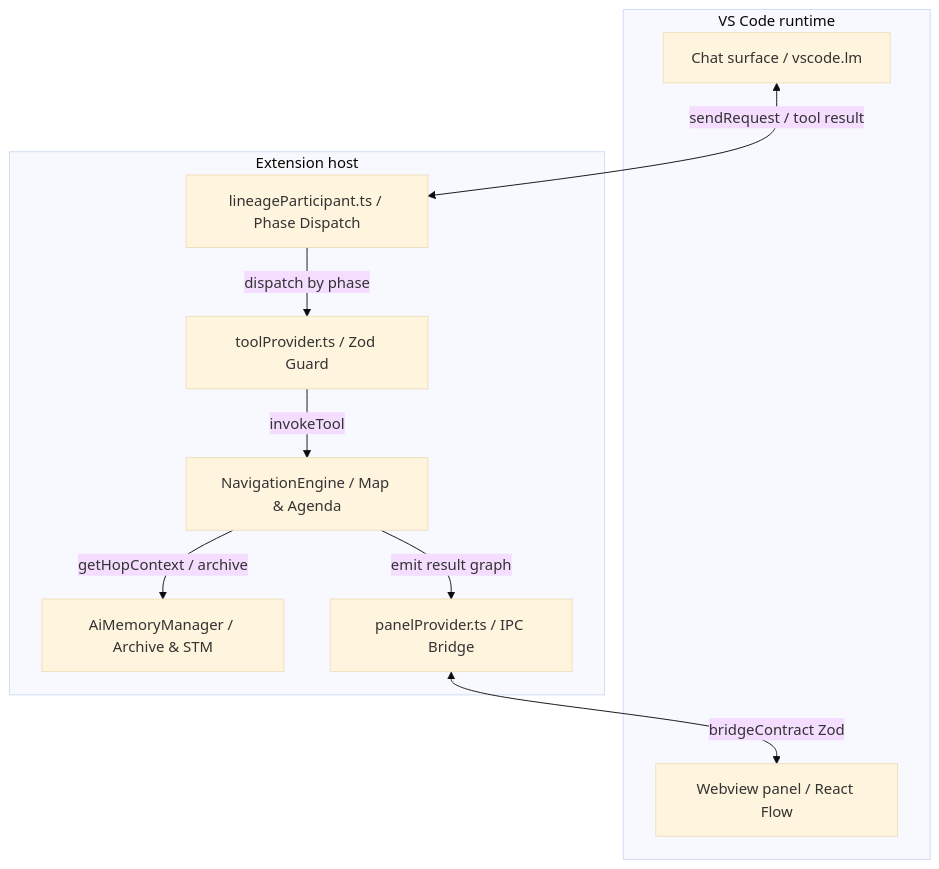
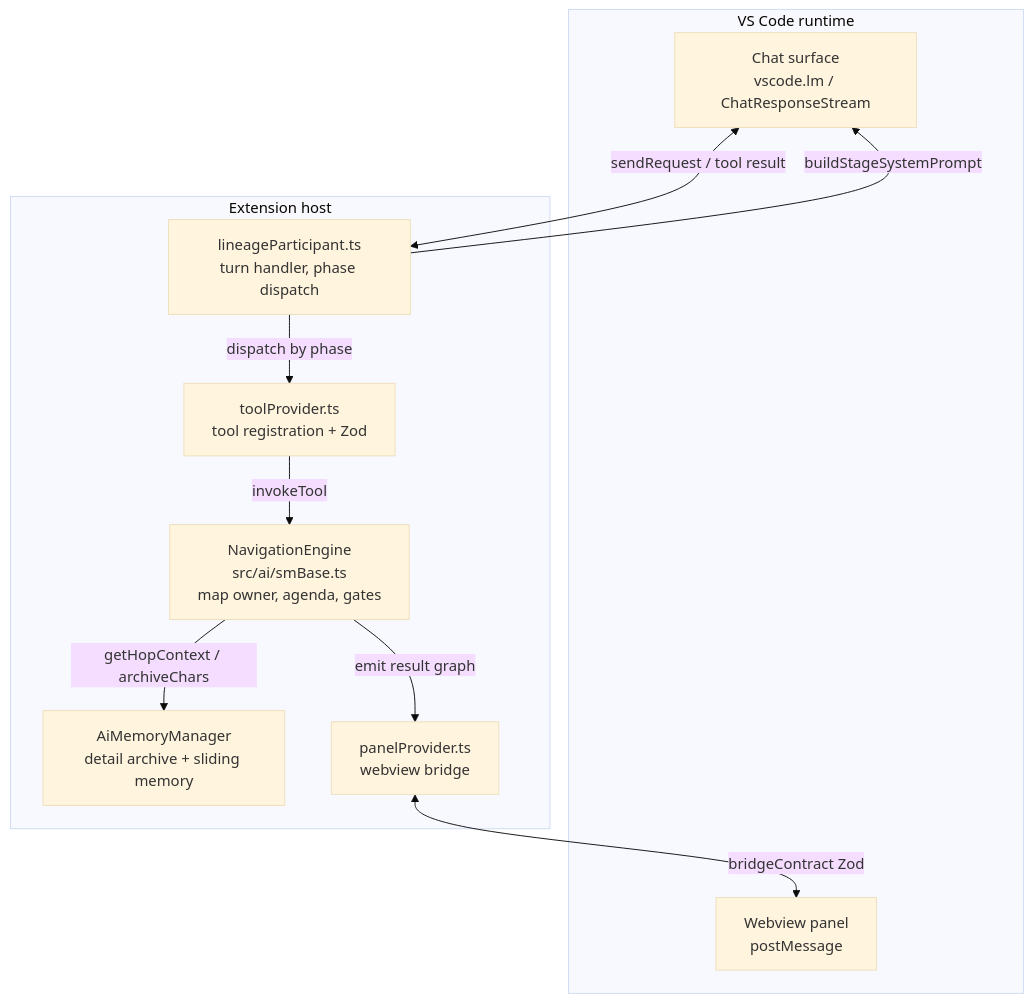
The second of 5 diagrams in docs/ARCHITECTURE.md (ChrisDevRepo/vscode_data_lineage), drawn with Mermaid (base theme) before and after one commit. The commit also changed other lines of this file and 10 other files, not shown here.

````diff
--- a/docs/ARCHITECTURE.md
+++ b/docs/ARCHITECTURE.md
@@ -11,20 +29,21 @@
 ```mermaid
 graph TB
     subgraph VSCode[VS Code runtime]
-        CP[Chat surface / vscode.lm]
-        WV[Webview panel / React Flow]
+        CP[Chat surface<br/>vscode.lm / ChatResponseStream]
+        WV[Webview panel<br/>postMessage]
     end
     subgraph Extension[Extension host]
-        LP[lineageParticipant.ts / Phase Dispatch]
-        TP[toolProvider.ts / Zod Guard]
-        NE[NavigationEngine / Map & Agenda]
-        MM[AiMemoryManager / Archive & STM]
-        PP[panelProvider.ts / IPC Bridge]
+        LP[lineageParticipant.ts<br/>turn handler, phase dispatch]
+        TP[toolProvider.ts<br/>tool registration + Zod]
+        NE[NavigationEngine<br/>src/ai/smBase.ts<br/>map owner, agenda, gates]
+        MM[AiMemoryManager<br/>detail archive + sliding memory]
+        PP[panelProvider.ts<br/>webview bridge]
     end
     CP <-->|sendRequest / tool result| LP
+    LP -->|buildStageSystemPrompt| CP
     LP -->|dispatch by phase| TP
     TP -->|invokeTool| NE
-    NE -->|getHopContext / archive| MM
+    NE -->|getHopContext / archiveChars| MM
     NE -->|emit result graph| PP
     PP <-->|bridgeContract Zod| WV
 ```
````
